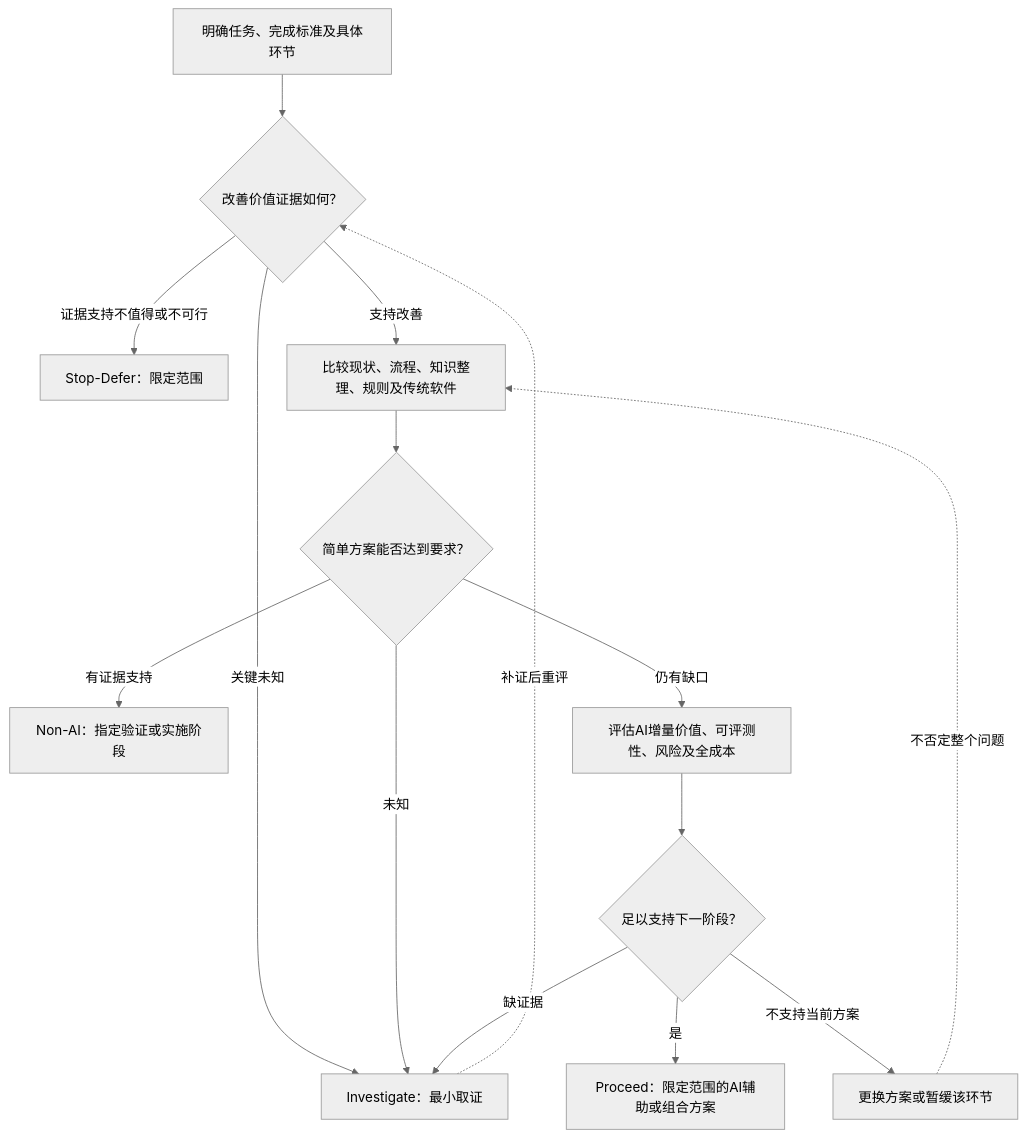
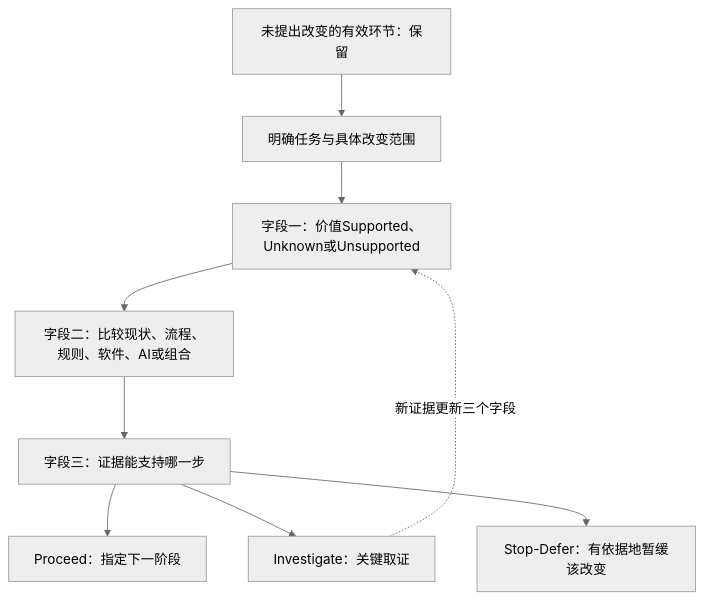
One commit to meiluosi/fde-problem-framing changed the diagram in references/decision-flow.md. Above: the diagram before and after it, drawn with Mermaid (neutral theme). The commit also changed other lines of this file and 73 other files, not shown here.

````diff
--- a/references/decision-flow.md
+++ b/references/decision-flow.md
@@ -5,17 +5,11 @@
 ```mermaid
 flowchart TD
- A["明确任务、完成标准及具体环节"] --> B{"改善价值证据如何？"}
- B -->|"关键未知"| C["Investigate：最小取证"]
- B -->|"证据支持不值得或不可行"| D["Stop-Defer：限定范围"]
- B -->|"支持改善"| E["比较现状、流程、知识整理、规则及传统软件"]
- C -. "补证后重评" .-> B
- E --> F{"简单方案能否达到要求？"}
- F -->|"有证据支持"| G["Non-AI：指定验证或实施阶段"]
- F -->|"未知"| C
- F -->|"仍有缺口"| H["评估AI增量价值、可评测性、风险及全成本"]
- H --> I{"足以支持下一阶段？"}
- I -->|"是"| J["Proceed：限定范围的AI辅助或组合方案"]
- I -->|"缺证据"| C
- I -->|"不支持当前方案"| K["更换方案或暂缓该环节"]
- K -. "不否定整个问题" .-> E
+ A["明确任务与具体改变范围"] --> B["字段一：价值Supported、Unknown或Unsupported"]
+ B --> C["字段二：比较现状、流程、规则、软件、AI或组合"]
+ C --> D["字段三：证据能支持哪一步"]
+ D --> E["Proceed：指定下一阶段"]
+ D --> F["Investigate：关键取证"]
+ D --> G["Stop-Defer：有依据地暂缓该改变"]
+ F -. "新证据更新三个字段" .-> B
+ H["未提出改变的有效环节：保留"] --> A
 ```
````
